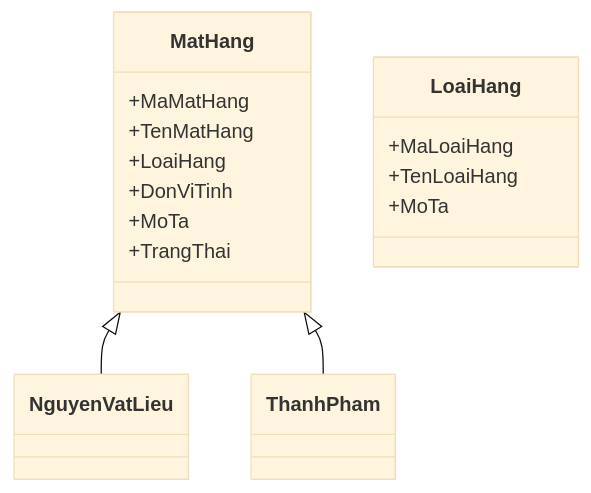
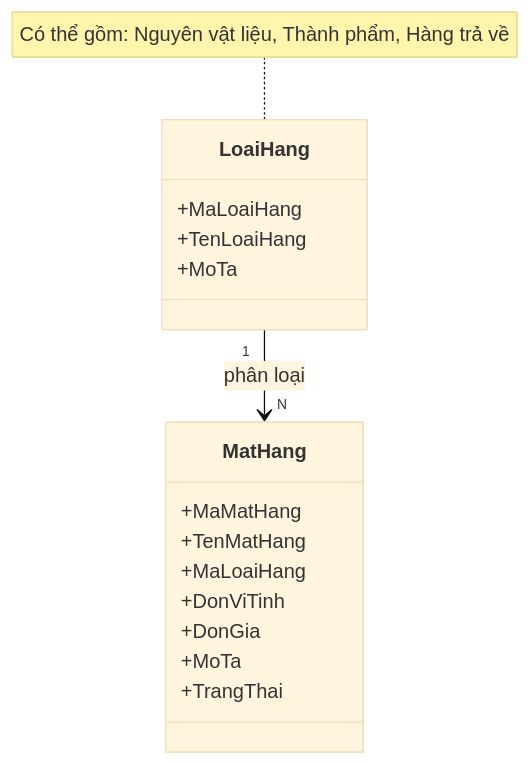
Before and after one commit to vthaix/WarehouseSystem: the third of 14 diagrams in WarehouseSystem_SRS_hoan_chinh.md, drawn with Mermaid (base theme). The commit also changed other lines of this file, not shown here.

````diff
--- a/WarehouseSystem_SRS_hoan_chinh.md
+++ b/WarehouseSystem_SRS_hoan_chinh.md
@@ -1564,21 +92,24 @@
 ```mermaid
 classDiagram
+
     class MatHang {
         +MaMatHang
         +TenMatHang
-        +LoaiHang
+        +MaLoaiHang
         +DonViTinh
+        +DonGia
         +MoTa
         +TrangThai
     }
-    class NguyenVatLieu
-    class ThanhPham
+
     class LoaiHang {
         +MaLoaiHang
         +TenLoaiHang
         +MoTa
     }
 
-    MatHang <|-- NguyenVatLieu
-    MatHang <|-- ThanhPham
+    LoaiHang "1" --> "N" MatHang : phân loại
+
+    note for LoaiHang "Có thể gồm: Nguyên vật liệu, Thành phẩm, Hàng trả về"
+
 ```
````
